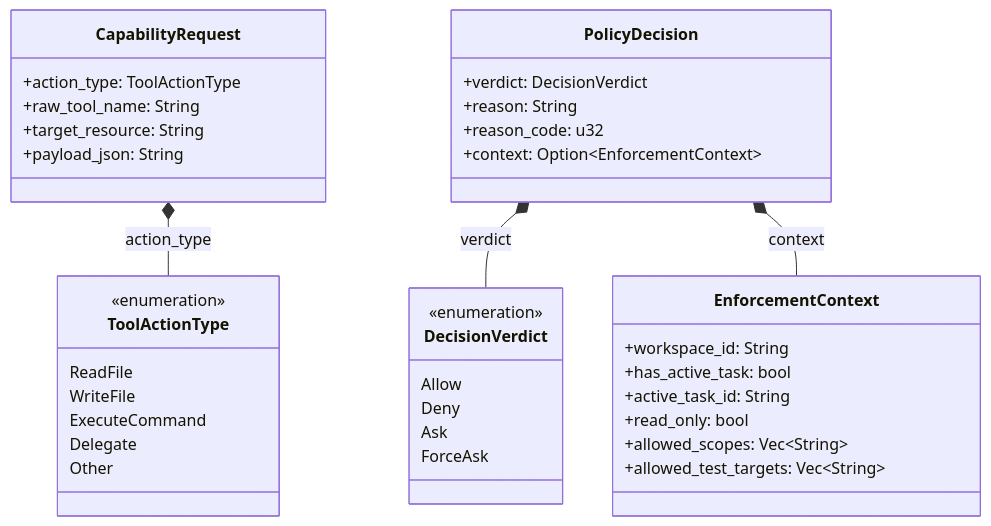
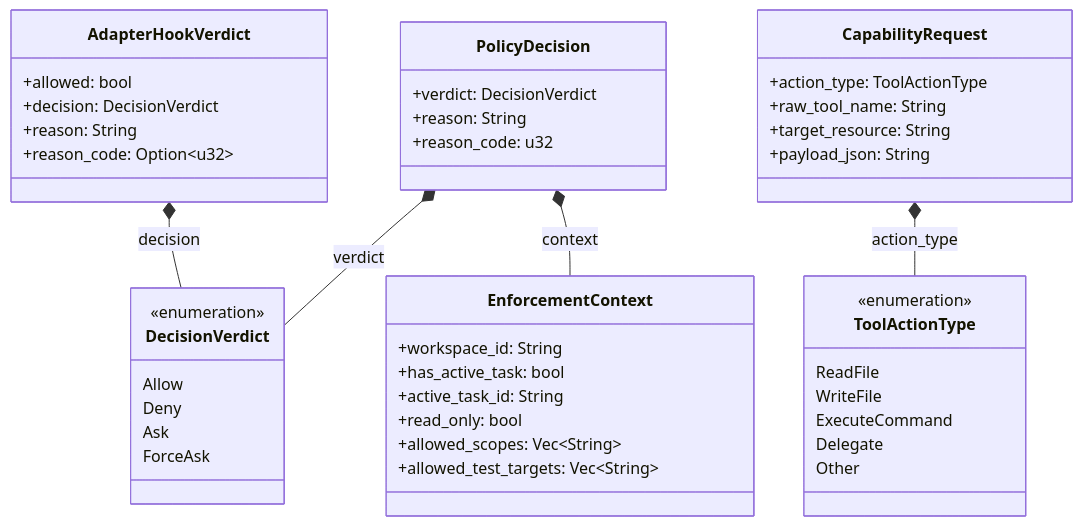
The diagram in docs/architecture/policy.md (rolfmadsen/xgauntlet), drawn with Mermaid before and after one commit. The commit also changed other lines of this file and 16 other files, not shown here.

````diff
--- a/docs/architecture/policy.md
+++ b/docs/architecture/policy.md
@@ -7,52 +7,59 @@
 ```mermaid
 classDiagram
     direction TB
 
     %% ====================================================================
     %% 🧩 Feature Slice: policy (with 1-hop domain neighbors)
     %% ====================================================================
+
+    class AdapterHookVerdict {
+        +allowed: bool
+        +decision: DecisionVerdict
+        +reason: String
+        +reason_code: Option~u32~
+    }
 
     class CapabilityRequest {
         +action_type: ToolActionType
         +raw_tool_name: String
         +target_resource: String
         +payload_json: String
     }
 
     class DecisionVerdict {
         <<enumeration>>
         Allow
         Deny
         Ask
         ForceAsk
     }
 
     class EnforcementContext {
         +workspace_id: String
         +has_active_task: bool
         +active_task_id: String
         +read_only: bool
         +allowed_scopes: Vec~String~
         +allowed_test_targets: Vec~String~
     }
 
     class PolicyDecision {
         +verdict: DecisionVerdict
         +reason: String
         +reason_code: u32
-        +context: Option~EnforcementContext~
     }
 
     class ToolActionType {
         <<enumeration>>
         ReadFile
         WriteFile
         ExecuteCommand
         Delegate
         Other
     }
 
+    CapabilityRequest *-- ToolActionType : action_type
     PolicyDecision *-- DecisionVerdict : verdict
+    AdapterHookVerdict *-- DecisionVerdict : decision
     PolicyDecision *-- EnforcementContext : context
-    CapabilityRequest *-- ToolActionType : action_type
 ```
````
